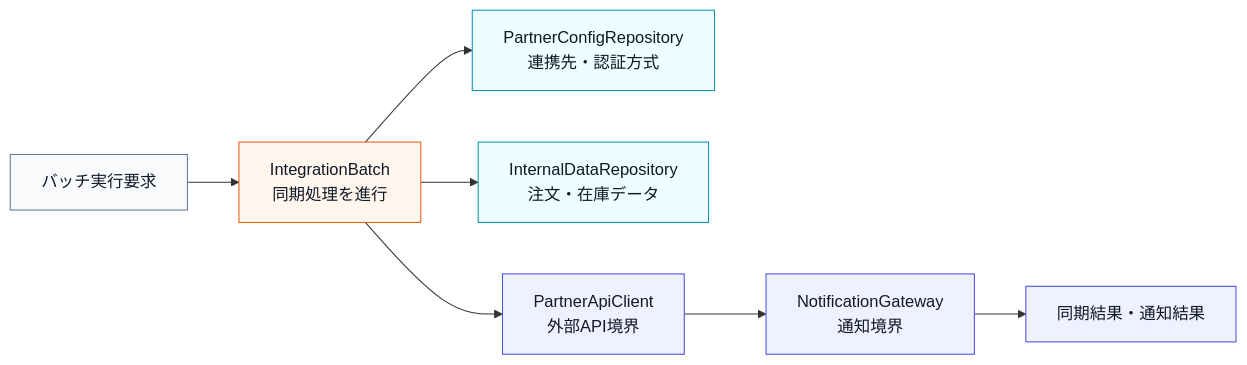
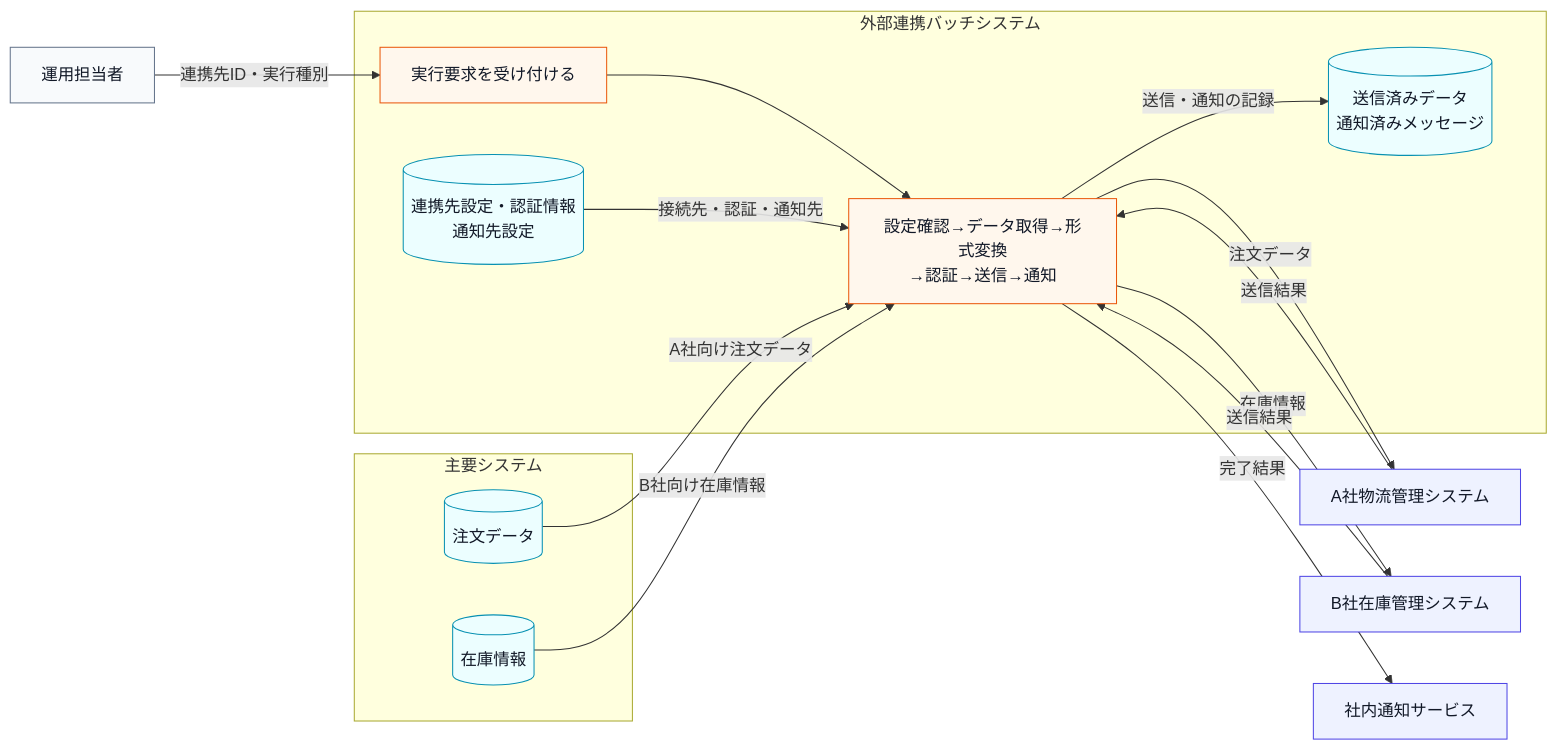
The first of 12 diagrams in kindle/design-patterns/output/chapter10.md (kumachan1101-pixel/DesignPattern), drawn with Mermaid before and after one commit. The commit also changed other lines of this file and 6 other files, not shown here.

Commit message:
第10章のシステム仕様図を整理し全章監査をタスク化

````diff
--- a/kindle/design-patterns/output/chapter10.md
+++ b/kindle/design-patterns/output/chapter10.md
@@ -45,18 +46,36 @@
 ```mermaid
 flowchart LR
-    U["バッチ実行要求"] --> B["IntegrationBatch<br>同期処理を進行"]
-    B --> C["PartnerConfigRepository<br>連携先・認証方式"]
-    B --> D["InternalDataRepository<br>注文・在庫データ"]
-    B --> A["PartnerApiClient<br>外部API境界"]
-    A --> N["NotificationGateway<br>通知境界"]
-    N --> R["同期結果・通知結果"]
+    O["運用担当者"] -->|"連携先ID・実行種別"| Q["実行要求を受け付ける"]
+
+    subgraph CORE["主要システム"]
+        ORD[("注文データ")]
+        STK[("在庫情報")]
+    end
+
+    subgraph BATCH["外部連携バッチシステム"]
+        Q
+        CFG[("連携先設定・認証情報<br>通知先設定")]
+        F["設定確認→データ取得→形式変換<br>→認証→送信→通知"]
+        LOG[("送信済みデータ<br>通知済みメッセージ")]
+        Q --> F
+        CFG -->|"接続先・認証・通知先"| F
+        F -->|"送信・通知の記録"| LOG
+    end
+
+    ORD -->|"A社向け注文データ"| F
+    STK -->|"B社向け在庫情報"| F
+    F -->|"注文データ"| A["A社物流管理システム"]
+    A -->|"送信結果"| F
+    F -->|"在庫情報"| B["B社在庫管理システム"]
+    B -->|"送信結果"| F
+    F -->|"完了結果"| N["社内通知サービス"]
 
     classDef actor fill:#f8fafc,stroke:#64748b,color:#111827;
     classDef data fill:#ecfeff,stroke:#0891b2,color:#111827;
     classDef process fill:#fff7ed,stroke:#ea580c,color:#111827;
     classDef boundary fill:#eef2ff,stroke:#4f46e5,color:#111827;
-    class U actor;
-    class C,D data;
-    class B process;
-    class A,N,R boundary;
+    class O actor;
+    class ORD,STK,CFG,LOG data;
+    class Q,F process;
+    class A,B,N boundary;
 ```
````
